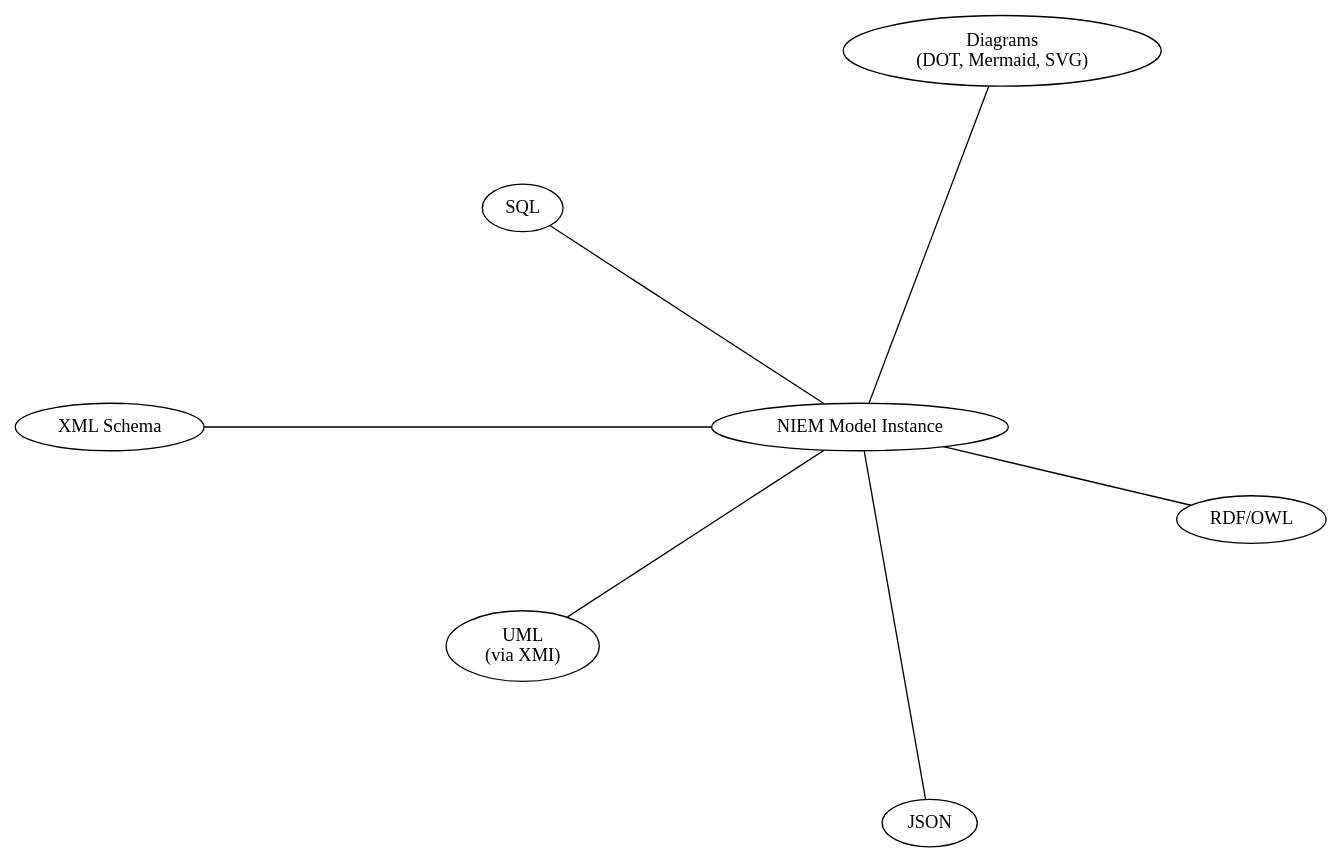
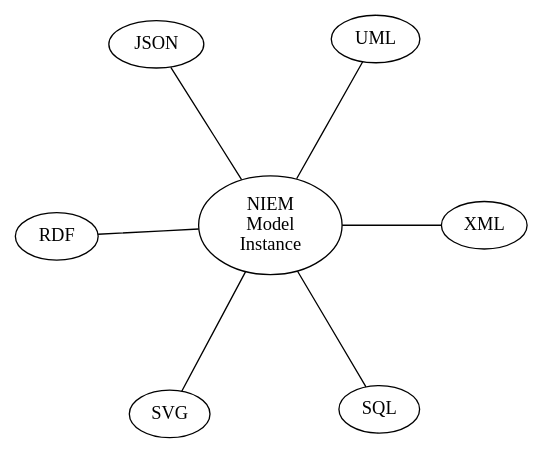
Before and after one commit to TomCarlson-NTAC/NIEM-Metamodel: the diagram in model_centric.dot, drawn with Graphviz. The commit also changed 5 other files, not shown here.

Commit message:
Updated diagrams

```diff
--- a/model_centric.dot
+++ b/model_centric.dot
@@ -1,34 +1,35 @@
 graph modelmeans {
 
 	// layouts
     // circo
     // dot
     // fdp
     // neato
     // osage
     // patchwork
     // sfdp
     // twopi
 
 	layout="circo";
+
+	niem[label="NIEM\nModel\nInstance"];
 	
-	xml[label="XML Schema"];
-	uml[label="UML\n(via XMI)"];
+	xml[label="XML"];
+	uml[label="UML"];
 	json[label="JSON"];
 	
-	rdf[label="RDF/OWL"];
-	dot[label="Diagrams\n(DOT, Mermaid, SVG)"];
+	rdf[label="RDF"];
+	dot[label="SVG"];
 	
 	sql[label="SQL"];
 
-	niem[label="NIEM Model Instance"];
 
 	niem -- xml;
 	niem -- uml;
 	niem -- json;
 	niem -- rdf;
 	niem -- dot;
 	niem -- sql;
 
 
 }
```
